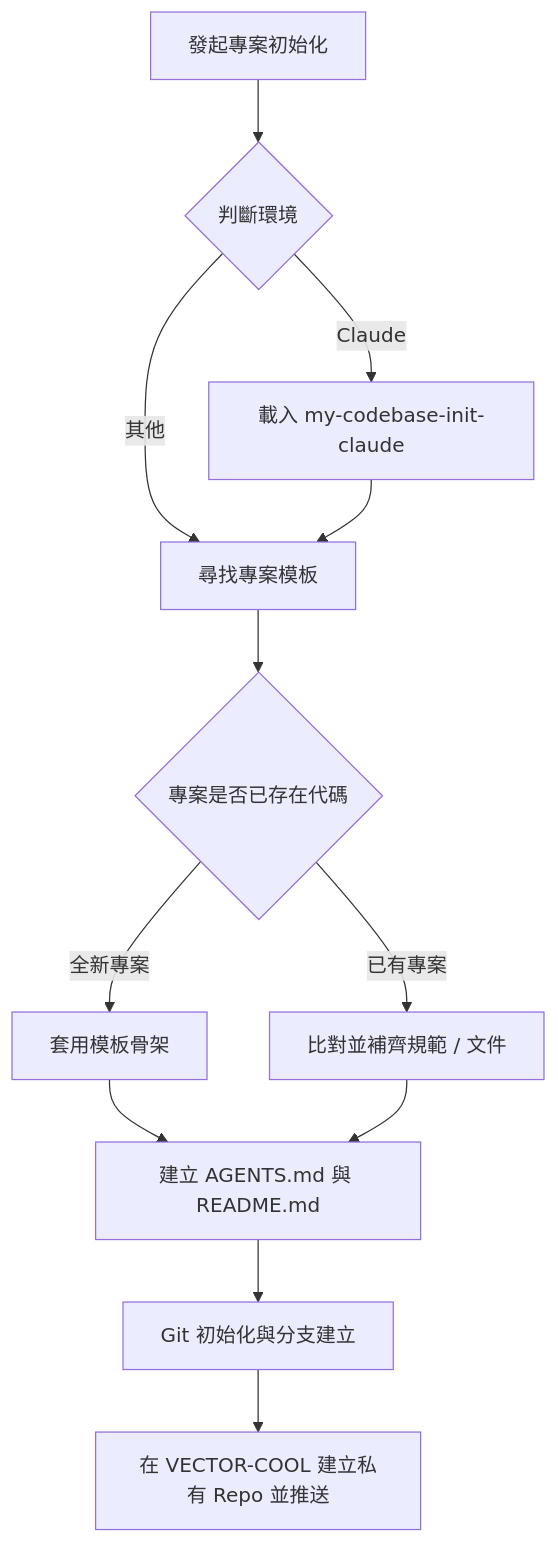
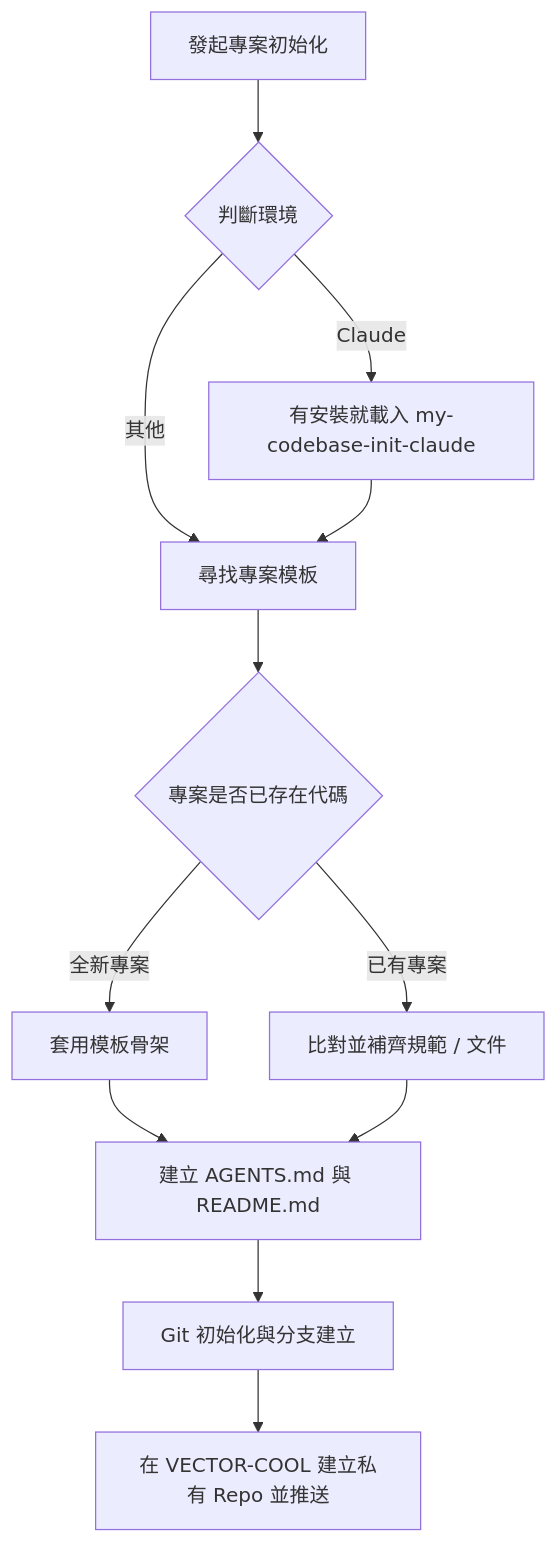
The diagram in my-plugins/my-workflow/skills/my-codebase-init/SKILL.md (VECTOR-COOL/my-agent-toolkit), drawn with Mermaid before and after one commit. The commit also changed other lines of this file and 10 other files, not shown here.

First line of the commit message:
refactor: move my-codebase-init-claude to my-skills/claude as an independent skill, bump plugin 1.10.2

````diff
--- a/my-plugins/my-workflow/skills/my-codebase-init/SKILL.md
+++ b/my-plugins/my-workflow/skills/my-codebase-init/SKILL.md
@@ -10,14 +10,14 @@
 ```mermaid
 graph TD
   A[發起專案初始化] --> R{判斷環境}
-  R -->|Claude| CL[載入 my-codebase-init-claude]
+  R -->|Claude| CL[有安裝就載入 my-codebase-init-claude]
   R -->|其他| B[尋找專案模板]
   CL --> B
   B --> C{專案是否已存在代碼}
   C -->|全新專案| D[套用模板骨架]
   C -->|已有專案| E[比對並補齊規範 / 文件]
   D --> F[建立 AGENTS.md 與 README.md]
   E --> F
   F --> G[Git 初始化與分支建立]
   G --> H[在 VECTOR-COOL 建立私有 Repo 並推送]
 ```
````
